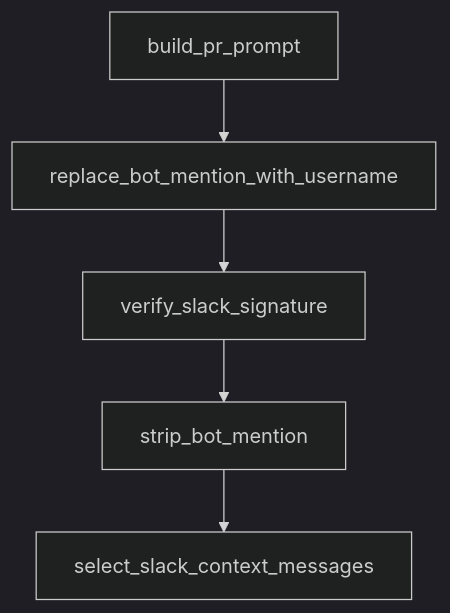
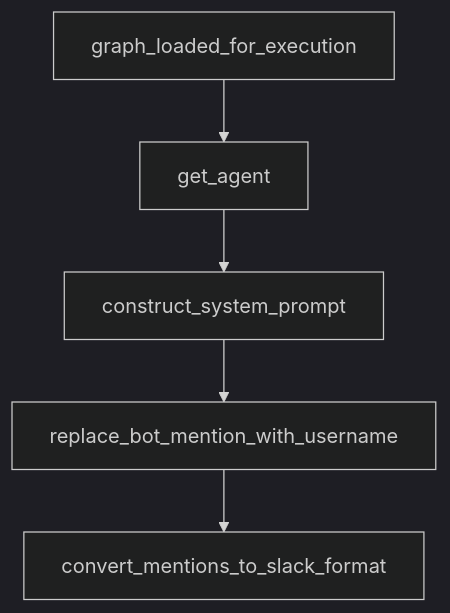
Before and after one commit to johnxie/awesome-code-docs: the diagram in tutorials/open-swe-tutorial/02-langgraph-architecture-and-agent-graphs.md, drawn with Mermaid (dark theme). The commit also changed other lines of this file and 1232 other files, not shown here.

````diff
--- a/tutorials/open-swe-tutorial/02-langgraph-architecture-and-agent-graphs.md
+++ b/tutorials/open-swe-tutorial/02-langgraph-architecture-and-agent-graphs.md
@@ -212,12 +202,12 @@
 ```mermaid
 flowchart TD
-    A[build_pr_prompt]
-    B[replace_bot_mention_with_username]
-    C[verify_slack_signature]
-    D[strip_bot_mention]
-    E[select_slack_context_messages]
+    A[graph_loaded_for_execution]
+    B[get_agent]
+    C[construct_system_prompt]
+    D[replace_bot_mention_with_username]
+    E[convert_mentions_to_slack_format]
     A --> B
     B --> C
     C --> D
     D --> E
 ```
````
